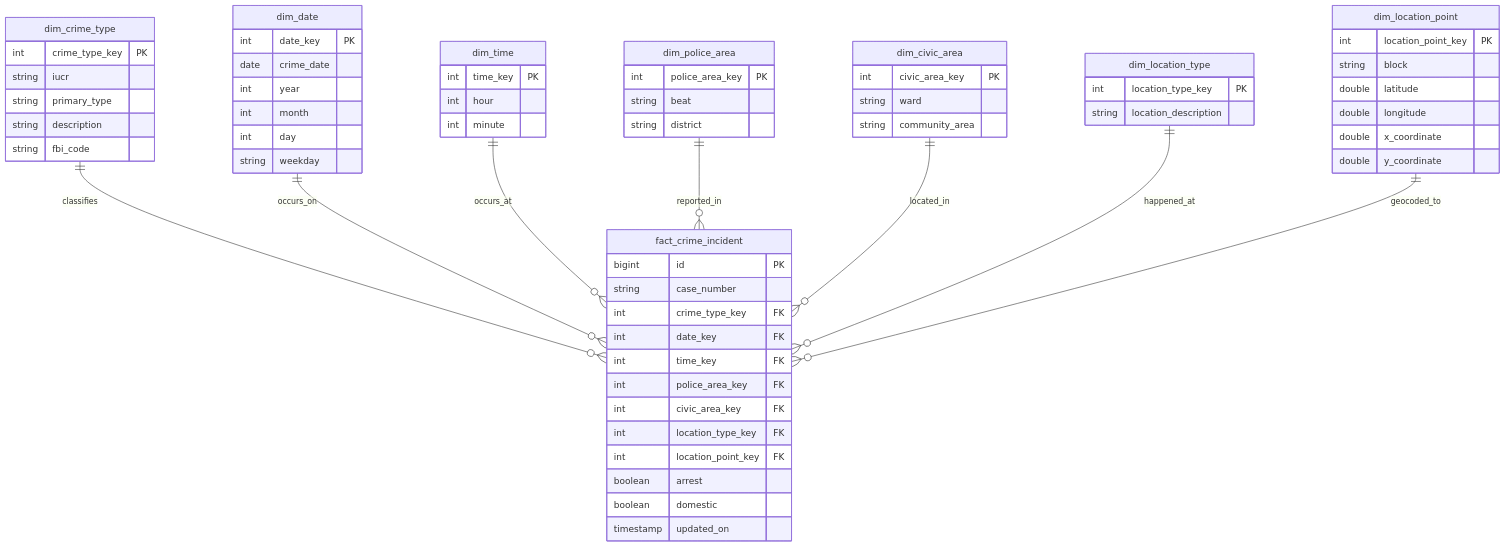
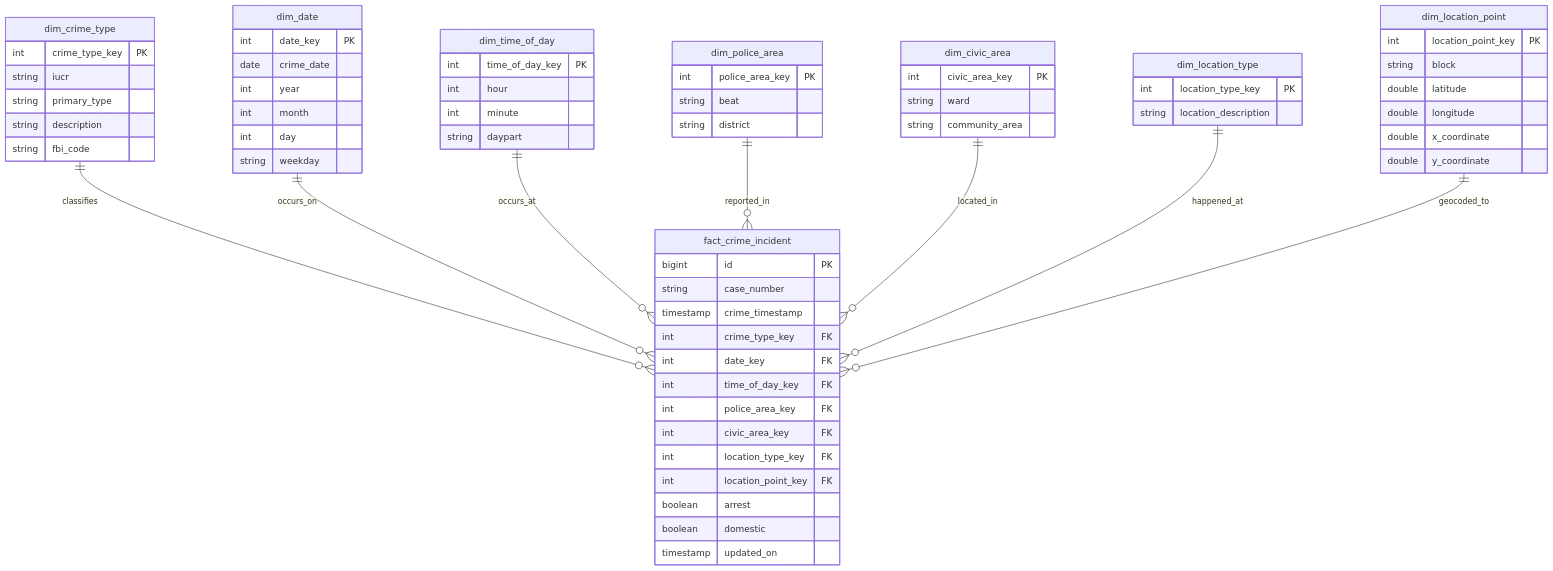
The diagram in README.md (mlikhitha33-ship-it/chicago-crimes-data-pipeline), drawn with Mermaid before and after one commit. The commit also changed other lines of this file, not shown here.

Commit message:
Revise ER diagram and update time dimensions
Updated entity-relationship diagram to replace 'time_key' with 'time_of_day_key' and added 'dim_time_of_day' table.

````diff
--- a/README.md
+++ b/README.md
@@ -184,74 +184,76 @@
 ```mermaid
 erDiagram
     fact_crime_incident {
         bigint id PK
         string case_number
+        timestamp crime_timestamp
         int crime_type_key FK
         int date_key FK
-        int time_key FK
+        int time_of_day_key FK
         int police_area_key FK
         int civic_area_key FK
         int location_type_key FK
         int location_point_key FK
         boolean arrest
         boolean domestic
         timestamp updated_on
     }
 
     dim_crime_type {
         int crime_type_key PK
         string iucr
         string primary_type
         string description
         string fbi_code
     }
 
     dim_date {
         int date_key PK
         date crime_date
         int year
         int month
         int day
         string weekday
     }
 
-    dim_time {
-        int time_key PK
+    dim_time_of_day {
+        int time_of_day_key PK
         int hour
         int minute
+        string daypart
     }
 
     dim_police_area {
         int police_area_key PK
         string beat
         string district
     }
 
     dim_civic_area {
         int civic_area_key PK
         string ward
         string community_area
     }
 
     dim_location_type {
         int location_type_key PK
         string location_description
     }
 
     dim_location_point {
         int location_point_key PK
         string block
         double latitude
         double longitude
         double x_coordinate
         double y_coordinate
     }
 
     dim_crime_type ||--o{ fact_crime_incident : classifies
     dim_date ||--o{ fact_crime_incident : occurs_on
-    dim_time ||--o{ fact_crime_incident : occurs_at
+    dim_time_of_day ||--o{ fact_crime_incident : occurs_at
     dim_police_area ||--o{ fact_crime_incident : reported_in
     dim_civic_area ||--o{ fact_crime_incident : located_in
     dim_location_type ||--o{ fact_crime_incident : happened_at
     dim_location_point ||--o{ fact_crime_incident : geocoded_to
 ```
````
